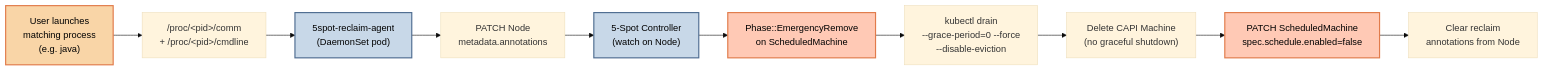
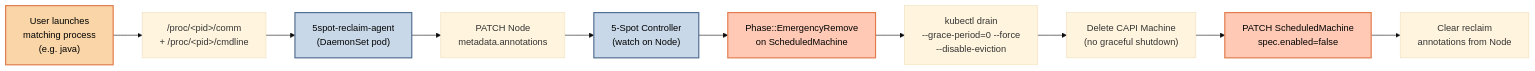
Before and after one commit to finos/5-spot: the first of 5 diagrams in docs/src/concepts/emergency-reclaim.md, drawn with Mermaid (base theme). The commit also changed other lines of this file and 72 other files, not shown here.

````diff
--- a/docs/src/concepts/emergency-reclaim.md
+++ b/docs/src/concepts/emergency-reclaim.md
@@ -30,21 +30,21 @@
 ```mermaid
 flowchart LR
     A["User launches<br/>matching process<br/>(e.g. java)"]
     B["/proc/&lt;pid&gt;/comm<br/>+ /proc/&lt;pid&gt;/cmdline"]
     C["5spot-reclaim-agent<br/>(DaemonSet pod)"]
     D["PATCH Node<br/>metadata.annotations"]
     E["5-Spot Controller<br/>(watch on Node)"]
     F["Phase::EmergencyRemove<br/>on ScheduledMachine"]
     G["kubectl drain<br/>--grace-period=0 --force<br/>--disable-eviction"]
     H["Delete CAPI Machine<br/>(no graceful shutdown)"]
-    I["PATCH ScheduledMachine<br/>spec.schedule.enabled=false"]
+    I["PATCH ScheduledMachine<br/>spec.enabled=false"]
     J["Clear reclaim<br/>annotations from Node"]
 
     A --> B --> C --> D --> E --> F --> G --> H --> I --> J
 
     style A fill:#f9d5a7,stroke:#e17b4b,stroke-width:2px,color:#000
     style C fill:#c8d8e8,stroke:#4f6d91,stroke-width:2px,color:#000
     style E fill:#c8d8e8,stroke:#4f6d91,stroke-width:2px,color:#000
     style F fill:#ffc9b5,stroke:#e17b4b,stroke-width:2px,color:#000
     style I fill:#ffc9b5,stroke:#e17b4b,stroke-width:2px,color:#000
 ```
````
